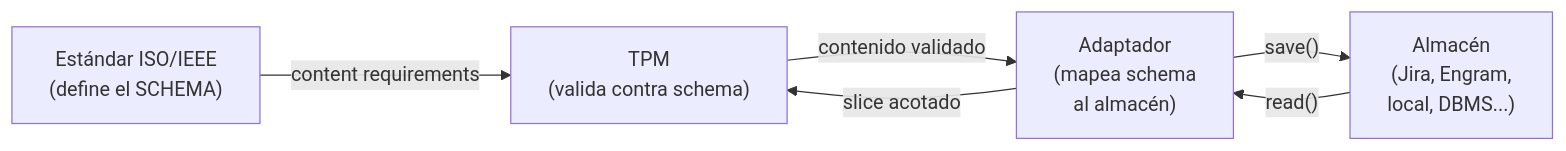
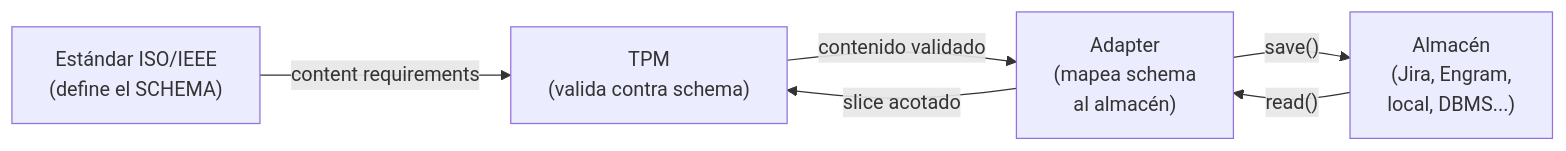
One commit to virgenherrera/idea-to-mvp changed the fourth of 4 diagrams in docs/planning/artifacts/tpm-adapter.md. Above: the diagram before and after it, drawn with Mermaid. The commit also changed other lines of this file and 30 other files, not shown here.

````diff
--- a/docs/planning/artifacts/tpm-adapter.md
+++ b/docs/planning/artifacts/tpm-adapter.md
@@ -255,13 +255,13 @@
 ```mermaid
 flowchart LR
     STANDARD["Estándar ISO/IEEE\n(define el SCHEMA)"]
     TPM_V["TPM\n(valida contra schema)"]
-    ADAPTER_V["Adaptador\n(mapea schema\nal almacén)"]
+    ADAPTER_V["Adapter\n(mapea schema\nal almacén)"]
     STORE["Almacén\n(Jira, Engram,\nlocal, DBMS...)"]
 
     STANDARD -->|"content requirements"| TPM_V
     TPM_V -->|"contenido validado"| ADAPTER_V
     ADAPTER_V -->|"save()"| STORE
     STORE -->|"read()"| ADAPTER_V
     ADAPTER_V -->|"slice acotado"| TPM_V
 ```
````
